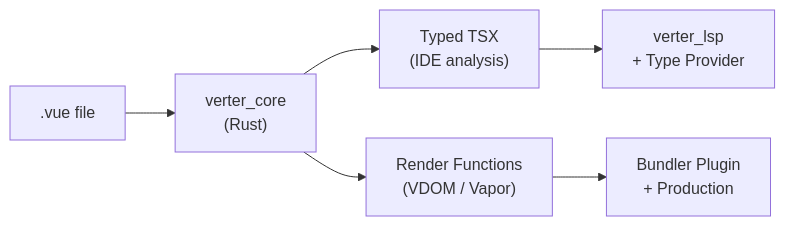
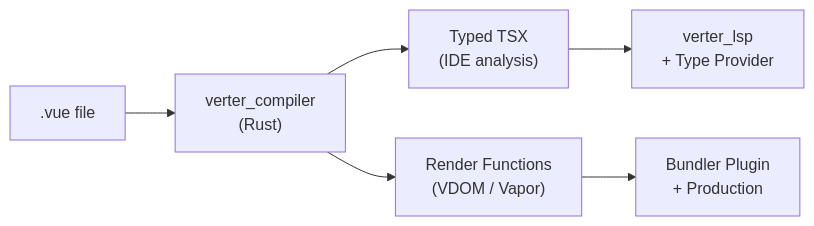
The second of 2 diagrams in readme.md (pikax/verter), drawn with Mermaid before and after one commit. The commit also changed other lines of this file and 29 other files, not shown here.

````diff
--- a/readme.md
+++ b/readme.md
@@ -207,8 +207,8 @@
 ```mermaid
 flowchart LR
-    SFC[".vue file"] --> Compiler["verter_core<br/>(Rust)"]
+    SFC[".vue file"] --> Compiler["verter_compiler<br/>(Rust)"]
     Compiler --> IDE["Typed TSX<br/>(IDE analysis)"]
     Compiler --> Runtime["Render Functions<br/>(VDOM / Vapor)"]
     IDE --> LSP["verter_lsp<br/>+ Type Provider"]
     Runtime --> Bundler["Bundler Plugin<br/>+ Production"]
 ```
````
